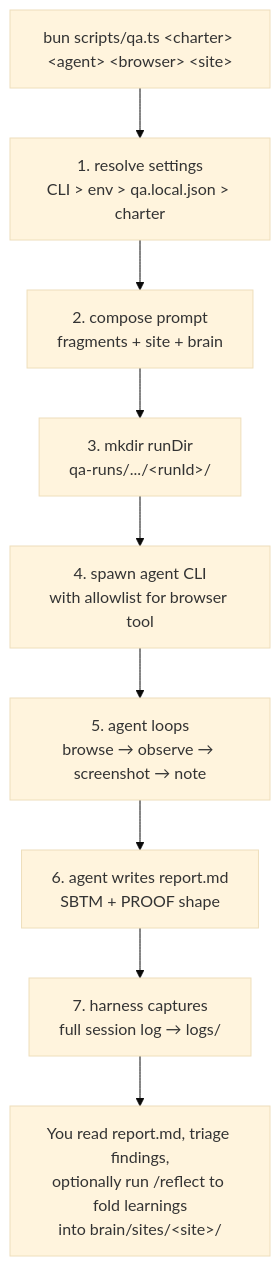
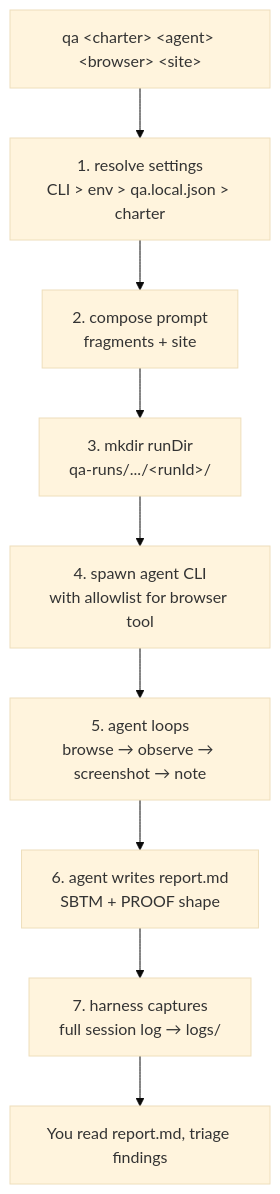
The third of 3 diagrams in README.md (alexanderop/explore-qa), drawn with Mermaid (base theme) before and after one commit. The commit also changed other lines of this file and 40 other files, not shown here.

First line of the commit message:
refactor: drop brain system, add qa bin, replay generator, and run timeouts

````diff
--- a/README.md
+++ b/README.md
@@ -137,14 +129,14 @@
 ```mermaid
 flowchart TD
-    cmd["bun scripts/qa.ts &lt;charter&gt; &lt;agent&gt; &lt;browser&gt; &lt;site&gt;"]
+    cmd["qa &lt;charter&gt; &lt;agent&gt; &lt;browser&gt; &lt;site&gt;"]
     s1[1. resolve settings<br/>CLI &gt; env &gt; qa.local.json &gt; charter]
-    s2[2. compose prompt<br/>fragments + site + brain]
+    s2[2. compose prompt<br/>fragments + site]
     s3[3. mkdir runDir<br/>qa-runs/.../&lt;runId&gt;/]
     s4[4. spawn agent CLI<br/>with allowlist for browser tool]
     s5[5. agent loops<br/>browse → observe → screenshot → note]
     s6[6. agent writes report.md<br/>SBTM + PROOF shape]
     s7[7. harness captures<br/>full session log → logs/]
-    done[You read report.md, triage findings,<br/>optionally run /reflect to fold learnings<br/>into brain/sites/&lt;site&gt;/]
+    done[You read report.md, triage findings]
 
     cmd --> s1 --> s2 --> s3 --> s4 --> s5 --> s6 --> s7 --> done
 ```
````
